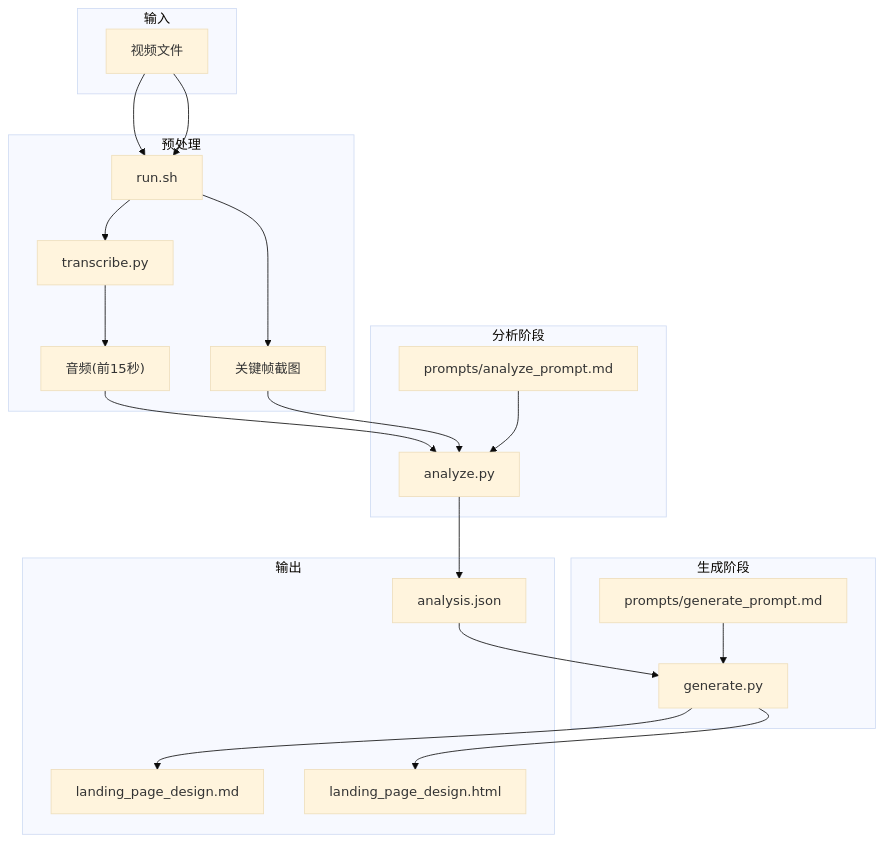
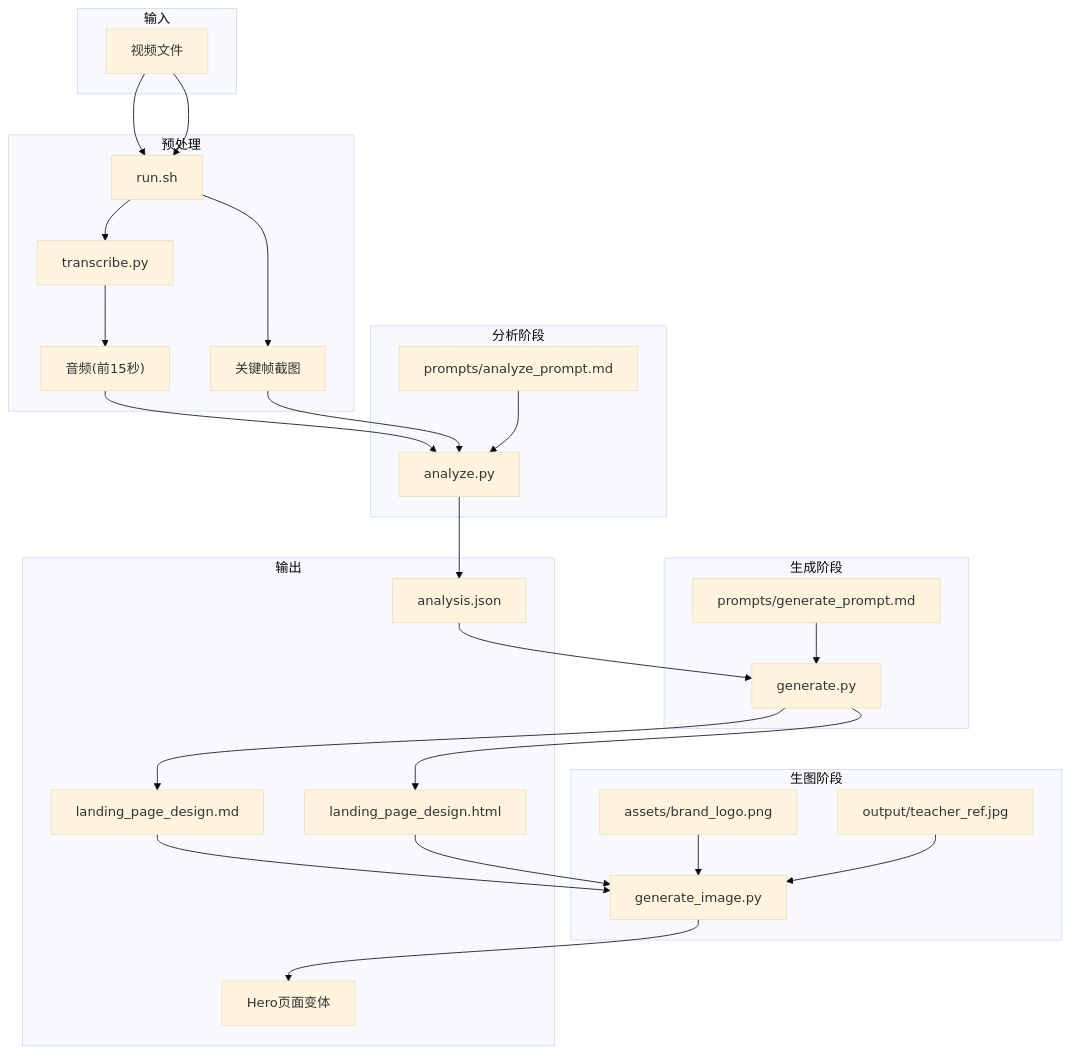
The first of 6 diagrams in .qoder/repowiki/zh/content/配置和定制/Prompt定制.md (WongMingJiu/landingpage-test-hero-page), drawn with Mermaid (base theme) before and after one commit. The commit also changed other lines of this file and 4 other files, not shown here.

First line of the commit message:
feat: 生图输出尺寸改为 750x1125（API 生成 1024x1536 后 Pillow 缩放）

````diff
--- a/.qoder/repowiki/zh/content/配置和定制/Prompt定制.md
+++ b/.qoder/repowiki/zh/content/配置和定制/Prompt定制.md
@@ -46,35 +57,46 @@
 ```mermaid
 graph TB
 subgraph "输入"
 V["视频文件"]
 end
 subgraph "预处理"
 R["run.sh"]
 T["transcribe.py"]
 F["关键帧截图"]
 A["音频(前15秒)"]
 end
 subgraph "分析阶段"
 AP["analyze.py"]
 P1["prompts/analyze_prompt.md"]
 end
 subgraph "生成阶段"
 GP["generate.py"]
 P2["prompts/generate_prompt.md"]
 end
+subgraph "生图阶段"
+GI["generate_image.py"]
+BR["assets/brand_logo.png"]
+TR["output/teacher_ref.jpg"]
+end
 subgraph "输出"
 O1["analysis.json"]
 O2["landing_page_design.md"]
 O3["landing_page_design.html"]
+O4["Hero页面变体"]
 end
 V --> R --> T --> A
 V --> R --> F
 A --> AP
 F --> AP
 P1 --> AP
 AP --> O1
 O1 --> GP
 P2 --> GP
 GP --> O2
 GP --> O3
+O2 --> GI
+O3 --> GI
+BR --> GI
+TR --> GI
+GI --> O4
 ```
````
